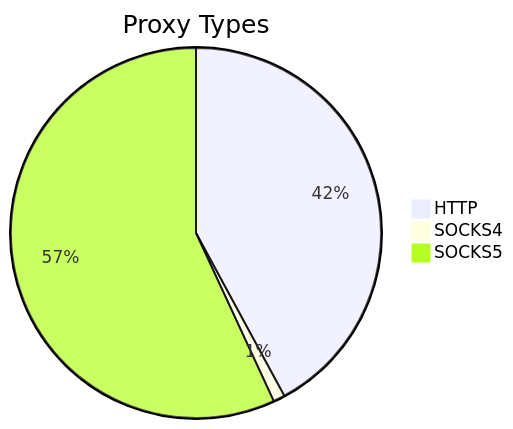
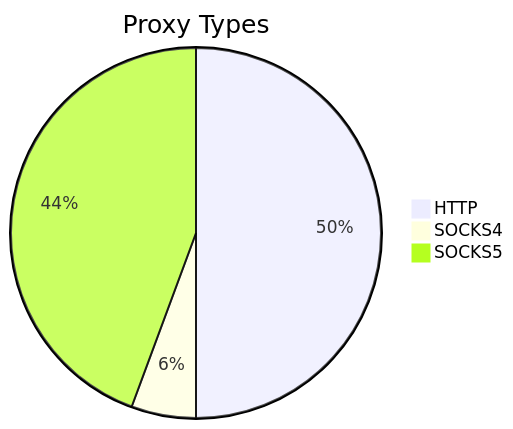
Before and after one commit to stormsia/proxy-list: the first of 2 diagrams in README.md, drawn with Mermaid. The commit also changed other lines of this file, not shown here.

````diff
--- a/README.md
+++ b/README.md
@@ -21,6 +21,6 @@
 ```mermaid
 pie title Proxy Types
-    "HTTP" : 415
-    "SOCKS4" : 10
-    "SOCKS5" : 561
+    "HTTP" : 186
+    "SOCKS4" : 21
+    "SOCKS5" : 165
 ```
````
